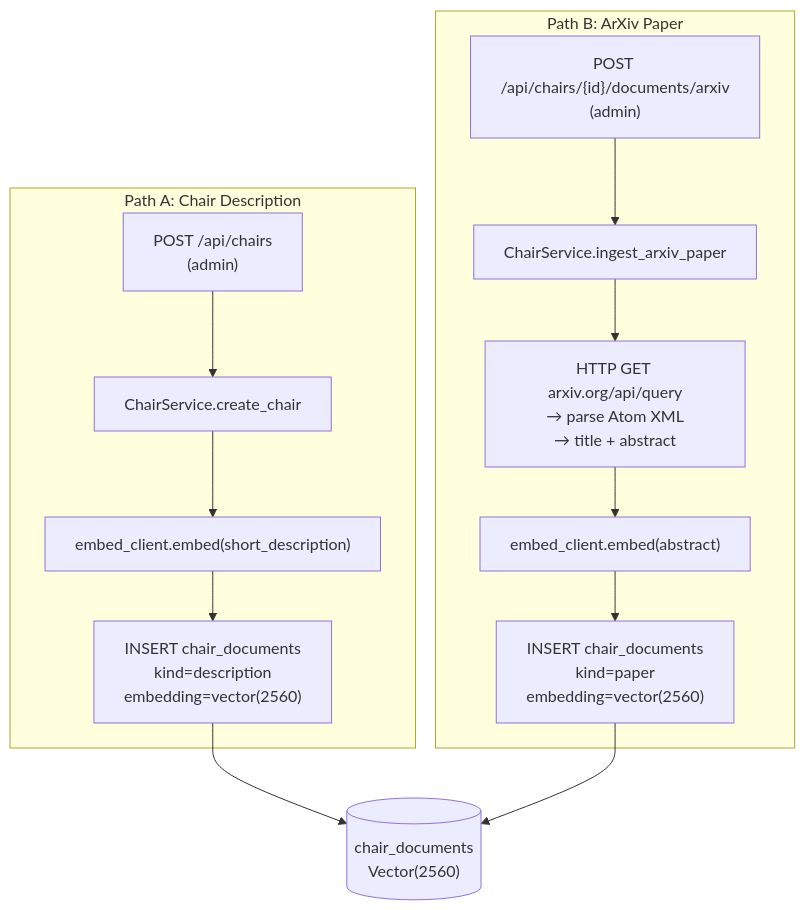
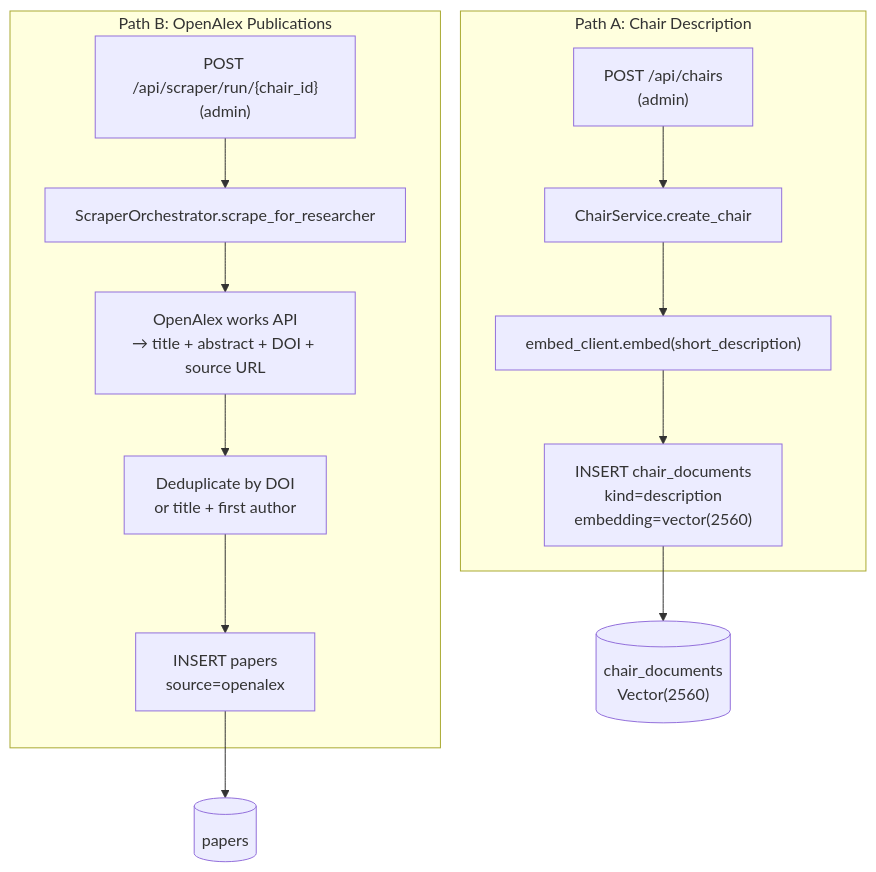
One commit to Tue-StudyOS/study-os-thesis changed the fourth of 11 diagrams in backend/docs/agent_architecture.md. Above: the diagram before and after it, drawn with Mermaid. The commit also changed other lines of this file and 51 other files, not shown here.

Commit message:
removed stale scholar/arxiv clients -> openalex

````diff
--- a/backend/docs/agent_architecture.md
+++ b/backend/docs/agent_architecture.md
@@ -80,18 +80,18 @@
 ```mermaid
 flowchart TD
     subgraph "Path A: Chair Description"
         A1["POST /api/chairs\n(admin)"] --> A2["ChairService.create_chair"]
         A2 --> A3["embed_client.embed(short_description)"]
         A3 --> A4["INSERT chair_documents\nkind=description\nembedding=vector(2560)"]
     end
 
-    subgraph "Path B: ArXiv Paper"
-        B1["POST /api/chairs/{id}/documents/arxiv\n(admin)"] --> B2["ChairService.ingest_arxiv_paper"]
-        B2 --> B3["HTTP GET arxiv.org/api/query\n→ parse Atom XML\n→ title + abstract"]
-        B3 --> B4["embed_client.embed(abstract)"]
-        B4 --> B5["INSERT chair_documents\nkind=paper\nembedding=vector(2560)"]
+    subgraph "Path B: OpenAlex Publications"
+        B1["POST /api/scraper/run/{chair_id}\n(admin)"] --> B2["ScraperOrchestrator.scrape_for_researcher"]
+        B2 --> B3["OpenAlex works API\n→ title + abstract + DOI + source URL"]
+        B3 --> B4["Deduplicate by DOI\nor title + first author"]
+        B4 --> B5["INSERT papers\nsource=openalex"]
     end
 
     A4 --> VDB[("chair_documents\nVector(2560)")]
-    B5 --> VDB
+    B5 --> PT[("papers")]
 ```
````
